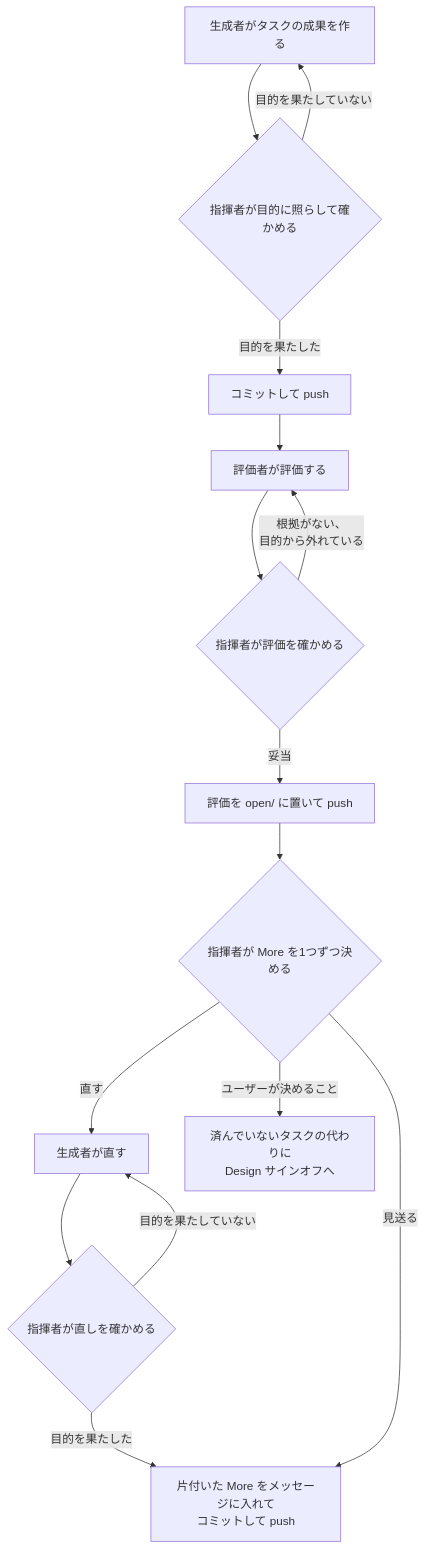
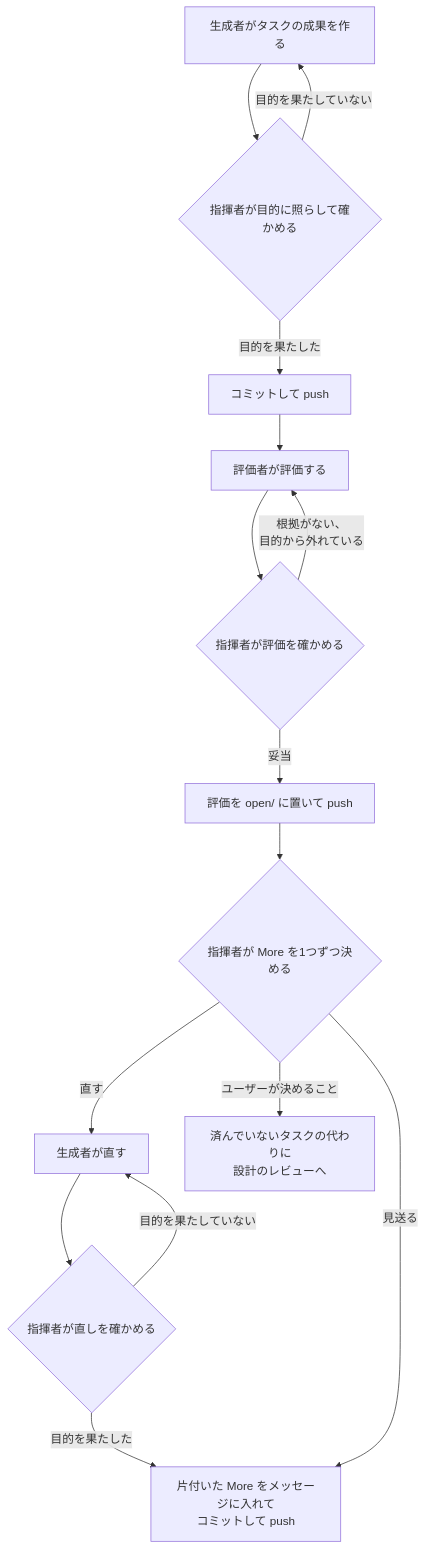
One commit to lovaizu/ccpm changed the fifth of 5 diagrams in rn/docs/design.md. Above: the diagram before and after it, drawn with Mermaid. The commit also changed other lines of this file and 1 other file, not shown here.

First line of the commit message:
docs(rn): Japanese review copy calls the sign-offs reviews of the plan, design and deliverable, reached by a review request

````diff
--- a/rn/docs/design.md
+++ b/rn/docs/design.md
@@ -137,28 +137,28 @@
 ```mermaid
 flowchart TD
     M["生成者がタスクの成果を作る"]
     K{"指揮者が目的に照らして確かめる"}
     C["コミットして push"]
     V["評価者が評価する"]
     KE{"指揮者が評価を確かめる"}
     O["評価を open/ に置いて push"]
     D{"指揮者が More を1つずつ決める"}
     F["生成者が直す"]
     FK{"指揮者が直しを確かめる"}
     S["片付いた More をメッセージに入れて<br/>コミットして push"]
-    U["済んでいないタスクの代わりに<br/>Design サインオフへ"]
+    U["済んでいないタスクの代わりに<br/>設計のレビューへ"]
     M --> K
     K -->|"目的を果たしていない"| M
     K -->|"目的を果たした"| C
     C --> V
     V --> KE
     KE -->|"根拠がない、<br/>目的から外れている"| V
     KE -->|"妥当"| O
     O --> D
     D -->|"直す"| F
     F --> FK
     FK -->|"目的を果たしていない"| F
     FK -->|"目的を果たした"| S
     D -->|"見送る"| S
     D -->|"ユーザーが決めること"| U
 ```
````
